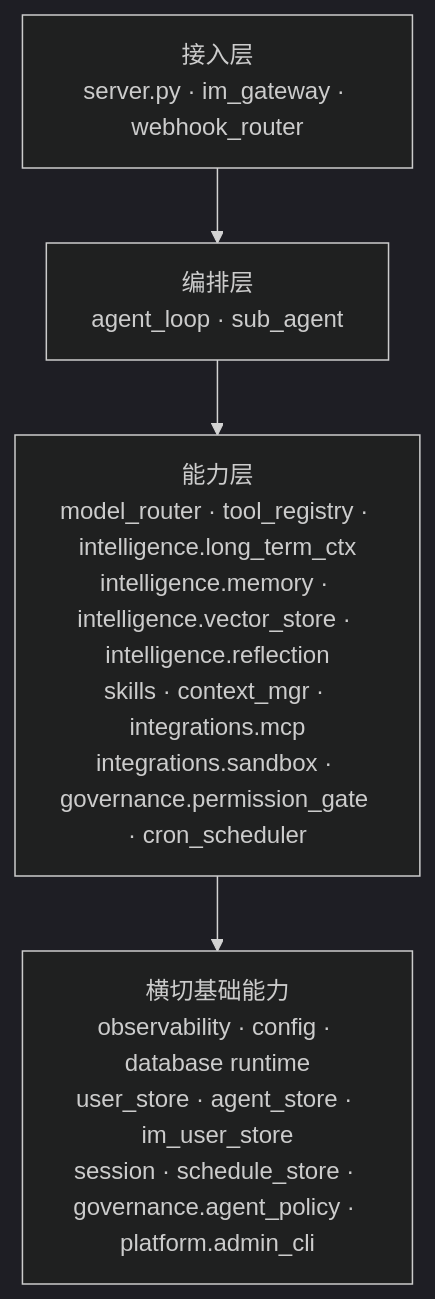
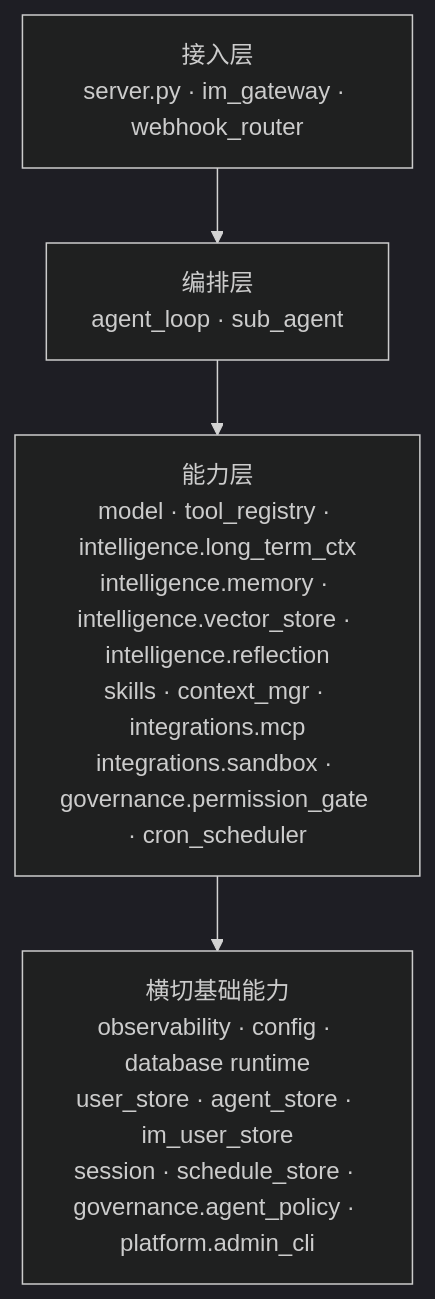
Before and after one commit to Summy2104/fleetent: the first of 5 diagrams in docs/architecture.md, drawn with Mermaid (dark theme). The commit also changed other lines of this file and 23 other files, not shown here.

````diff
--- a/docs/architecture.md
+++ b/docs/architecture.md
@@ -17,9 +17,9 @@
 ```mermaid
 graph TD
     A["接入层\nserver.py · im_gateway · webhook_router"]
     B["编排层\nagent_loop · sub_agent"]
-    C["能力层\nmodel_router · tool_registry · intelligence.long_term_ctx\nintelligence.memory · intelligence.vector_store · intelligence.reflection\nskills · context_mgr · integrations.mcp\nintegrations.sandbox · governance.permission_gate · cron_scheduler"]
+    C["能力层\nmodel · tool_registry · intelligence.long_term_ctx\nintelligence.memory · intelligence.vector_store · intelligence.reflection\nskills · context_mgr · integrations.mcp\nintegrations.sandbox · governance.permission_gate · cron_scheduler"]
     D["横切基础能力\nobservability · config · database runtime\nuser_store · agent_store · im_user_store\nsession · schedule_store · governance.agent_policy · platform.admin_cli"]
 
     A --> B --> C --> D
 ```
````
